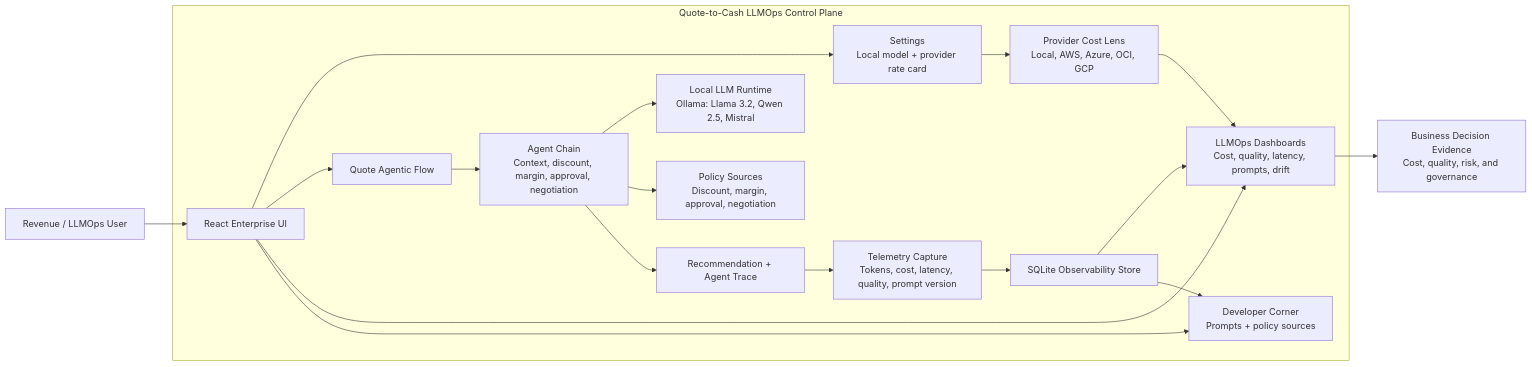
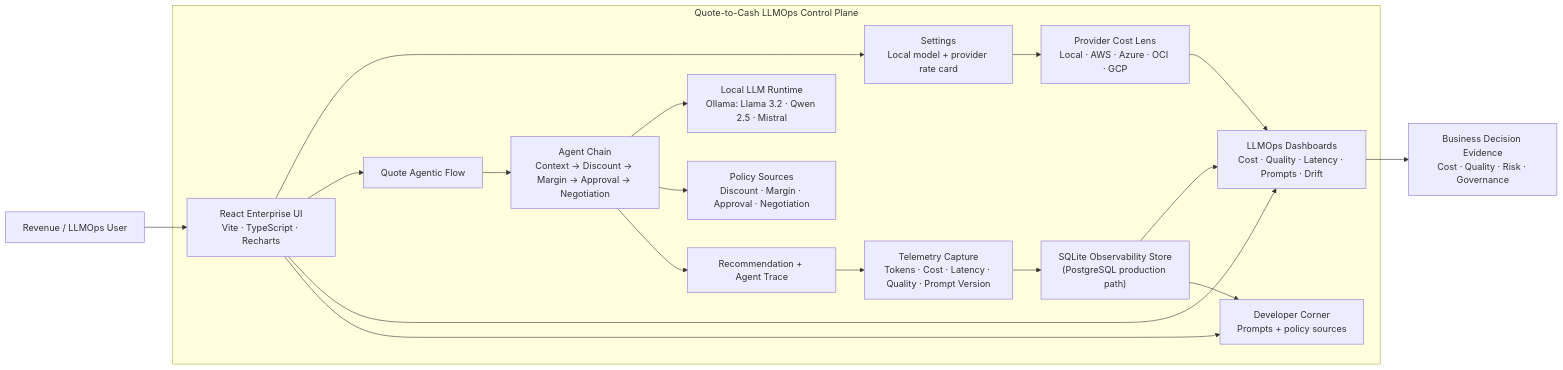
The diagram in README.md (saralabiswal/agentic-llm-observability), drawn with Mermaid before and after one commit. The commit also changed other lines of this file, not shown here.

Commit message:
Refine enterprise README

````diff
--- a/README.md
+++ b/README.md
@@ -95,25 +76,25 @@
 ```mermaid
 flowchart LR
-    user["Revenue / LLMOps User"] --> ui["React Enterprise UI"]
+    user["Revenue / LLMOps User"] --> ui["React Enterprise UI\nVite · TypeScript · Recharts"]
 
     subgraph app["Quote-to-Cash LLMOps Control Plane"]
         ui --> settings["Settings\nLocal model + provider rate card"]
         ui --> quote["Quote Agentic Flow"]
-        ui --> dashboards["LLMOps Dashboards\nCost, quality, latency, prompts, drift"]
+        ui --> dashboards["LLMOps Dashboards\nCost · Quality · Latency · Prompts · Drift"]
         ui --> developer["Developer Corner\nPrompts + policy sources"]
 
-        quote --> agents["Agent Chain\nContext, discount, margin, approval, negotiation"]
-        agents --> llm["Local LLM Runtime\nOllama: Llama 3.2, Qwen 2.5, Mistral"]
-        agents --> policy["Policy Sources\nDiscount, margin, approval, negotiation"]
-        settings --> ratecard["Provider Cost Lens\nLocal, AWS, Azure, OCI, GCP"]
+        quote --> agents["Agent Chain\nContext → Discount → Margin → Approval → Negotiation"]
+        agents --> llm["Local LLM Runtime\nOllama: Llama 3.2 · Qwen 2.5 · Mistral"]
+        agents --> policy["Policy Sources\nDiscount · Margin · Approval · Negotiation"]
+        settings --> ratecard["Provider Cost Lens\nLocal · AWS · Azure · OCI · GCP"]
 
         agents --> trace["Recommendation + Agent Trace"]
-        trace --> telemetry["Telemetry Capture\nTokens, cost, latency, quality, prompt version"]
-        telemetry --> db["SQLite Observability Store"]
+        trace --> telemetry["Telemetry Capture\nTokens · Cost · Latency · Quality · Prompt Version"]
+        telemetry --> db["SQLite Observability Store\n(PostgreSQL production path)"]
         db --> dashboards
         db --> developer
         ratecard --> dashboards
     end
 
-    dashboards --> decision["Business Decision Evidence\nCost, quality, risk, and governance"]
+    dashboards --> decision["Business Decision Evidence\nCost · Quality · Risk · Governance"]
 ```
````
